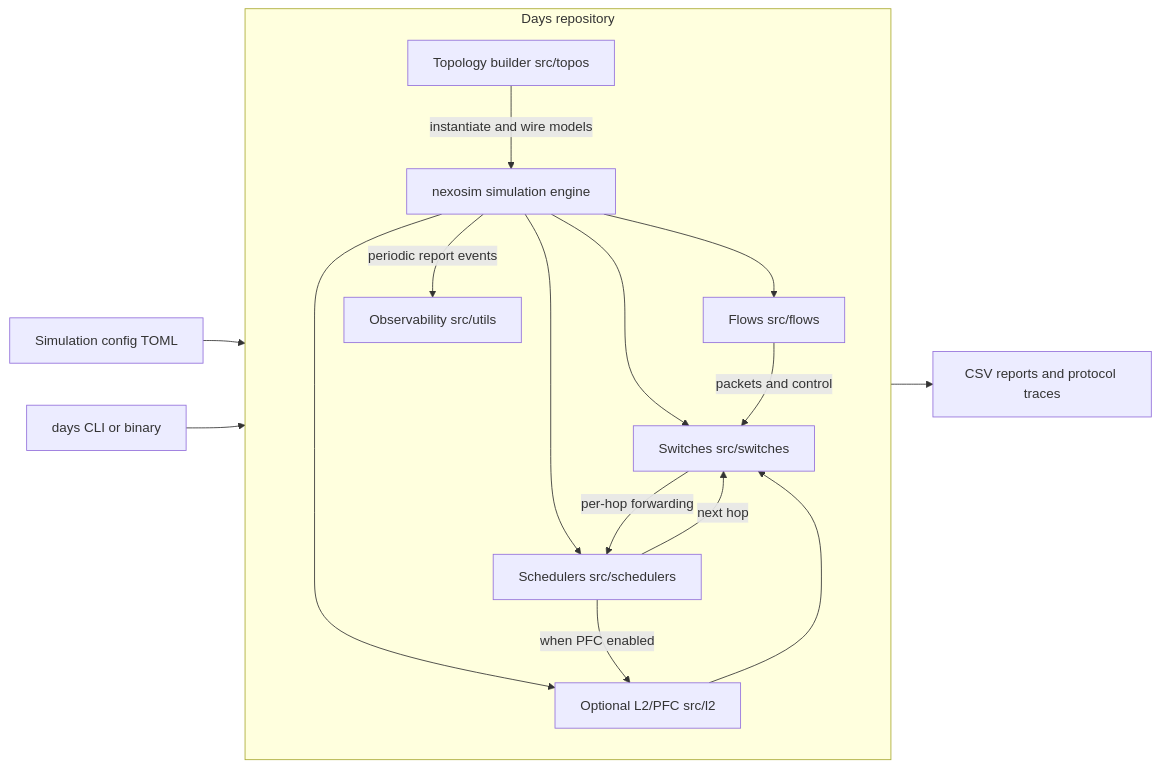
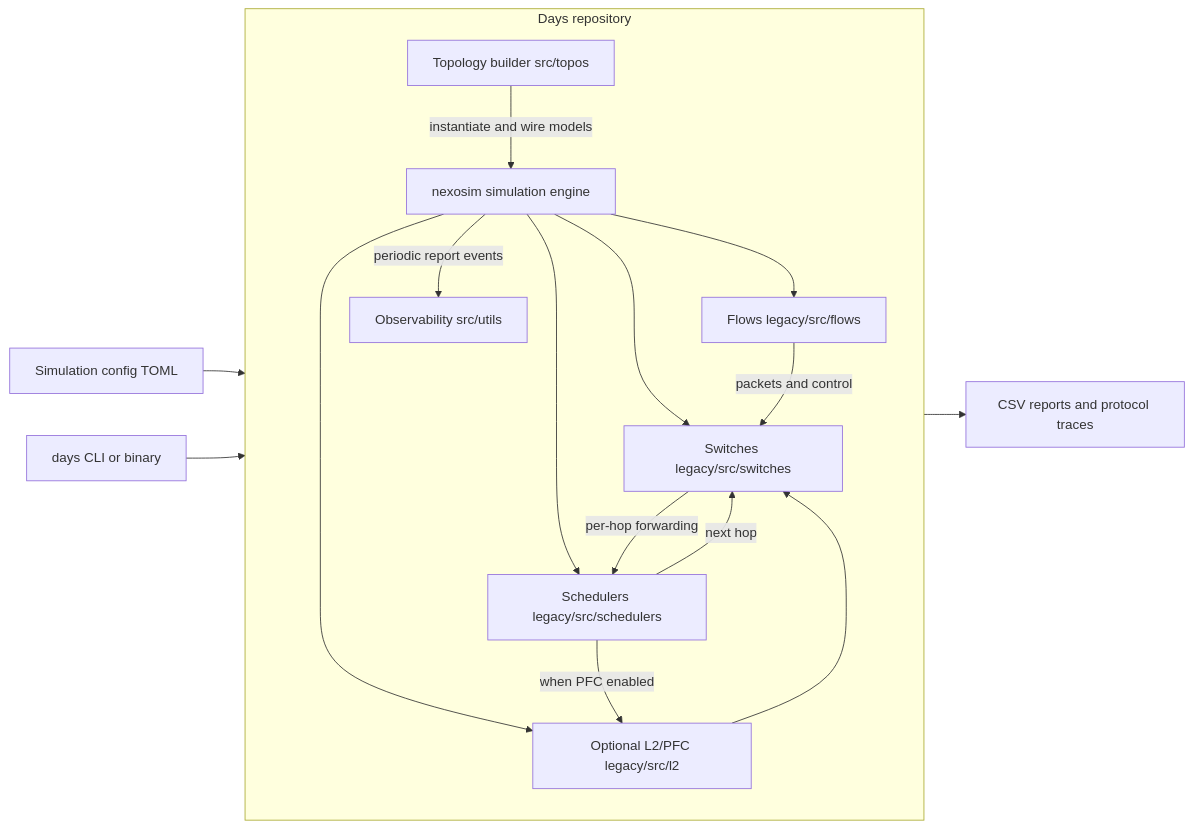
Before and after one commit to iQua/days: the diagram in docs/content/docs/architecture/overview.mdx, drawn with Mermaid. The commit also changed other lines of this file and 187 other files, not shown here.

````diff
--- a/docs/content/docs/architecture/overview.mdx
+++ b/docs/content/docs/architecture/overview.mdx
@@ -18,36 +18,36 @@
 ```mermaid
 flowchart LR
   CFG[Simulation config TOML]
   CLI[days CLI or binary]
   OUT[CSV reports and protocol traces]
 
   subgraph REPO[Days repository]
     direction TB
     TOP[Topology builder src/topos]
-    FLO[Flows src/flows]
-    SW[Switches src/switches]
-    SCH[Schedulers src/schedulers]
-    L2[Optional L2/PFC src/l2]
+    FLO[Flows legacy/src/flows]
+    SW[Switches legacy/src/switches]
+    SCH[Schedulers legacy/src/schedulers]
+    L2[Optional L2/PFC legacy/src/l2]
     OBS[Observability src/utils]
     SIM[nexosim simulation engine]
   end
 
   CFG --> TOP
   CLI --> TOP
   TOP -->|instantiate and wire models| SIM
 
   SIM --> FLO
   SIM --> SW
   SIM --> SCH
   SIM --> L2
 
   FLO -->|packets and control| SW
   SW -->|per-hop forwarding| SCH
   SCH -->|next hop| SW
 
   SCH -->|when PFC enabled| L2
   L2 --> SW
 
   SIM -->|periodic report events| OBS
   OBS --> OUT
 ```
````
